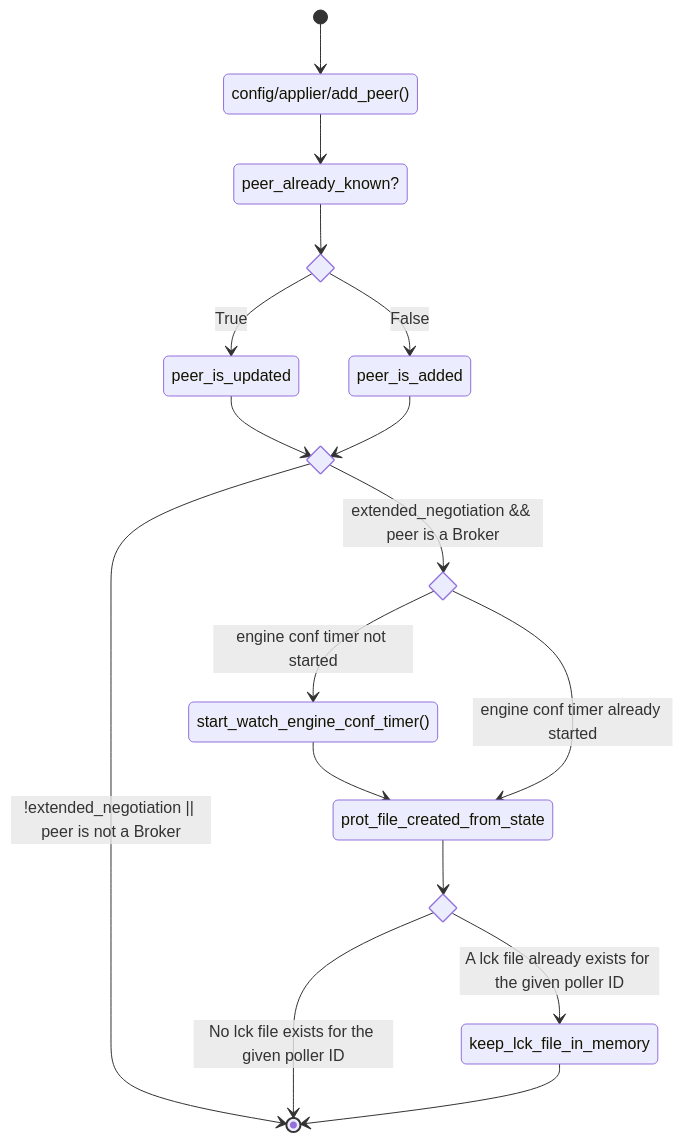
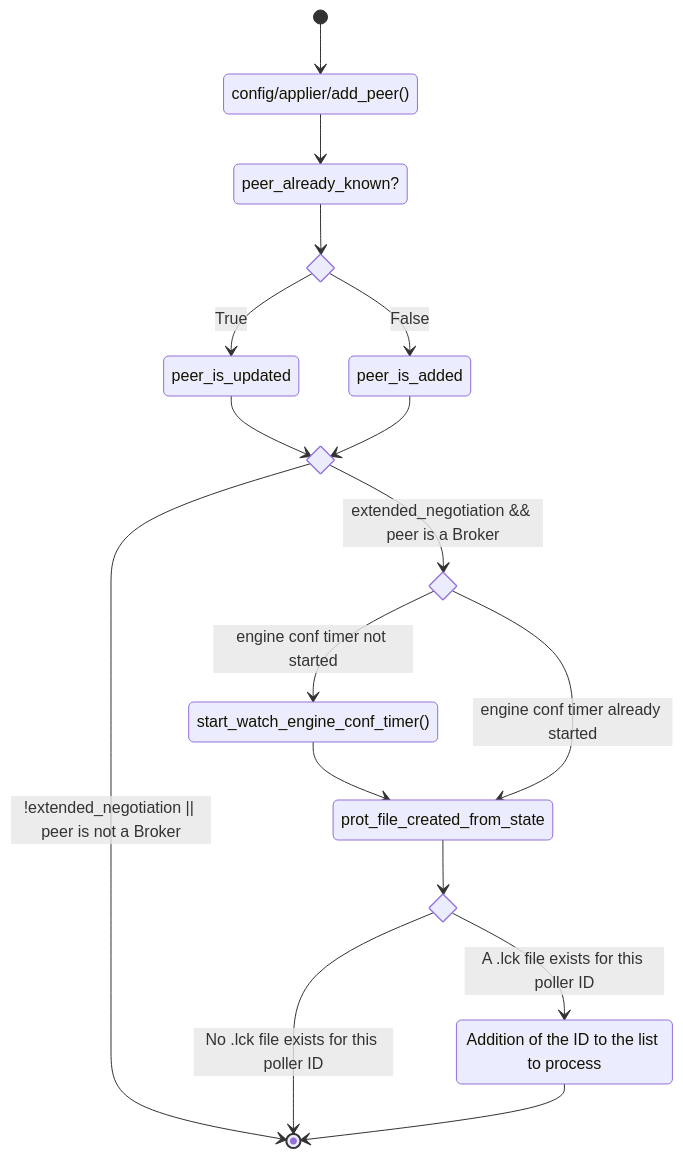
Before and after one commit to centreon/centreon-collect: the ninth of 18 diagrams in broker/doc/nego-engine-broker-en.md, drawn with Mermaid. The commit also changed other lines of this file and 23 other files, not shown here.

````diff
--- a/broker/doc/nego-engine-broker-en.md
+++ b/broker/doc/nego-engine-broker-en.md
@@ -542,24 +575,25 @@
 ```mermaid
 stateDiagram-v2
     [*] --> config/applier/add_peer()
     config/applier/add_peer() --> peer_already_known?
     state if_state <<choice>>
     peer_already_known? --> if_state
     if_state --> peer_is_updated:True
     if_state --> peer_is_added:False
     state extended_nego <<choice>>
     peer_is_updated --> extended_nego
     peer_is_added --> extended_nego
     extended_nego --> [*]: !extended_negotiation || peer is not a Broker
     state if_watch_engine_timer_started <<choice>>
     extended_nego --> if_watch_engine_timer_started: extended_negotiation && peer is a Broker
     if_watch_engine_timer_started --> start_watch_engine_conf_timer(): engine conf timer not started
     start_watch_engine_conf_timer() --> prot_file_created_from_state
     if_watch_engine_timer_started --> prot_file_created_from_state: engine conf timer already started
     
     state if_existing_lck_file_for_current_poller_id <<choice>>
     prot_file_created_from_state --> if_existing_lck_file_for_current_poller_id
-    if_existing_lck_file_for_current_poller_id --> keep_lck_file_in_memory: A lck file already exists for the given poller ID
-    if_existing_lck_file_for_current_poller_id --> [*]: No lck file exists for the given poller ID
+    if_existing_lck_file_for_current_poller_id --> keep_lck_file_in_memory: A .lck file exists for this poller ID
+    if_existing_lck_file_for_current_poller_id --> [*]: No .lck file exists for this poller ID
+    keep_lck_file_in_memory: Addition of the ID to the list to process
     keep_lck_file_in_memory --> [*]
 ```
````
